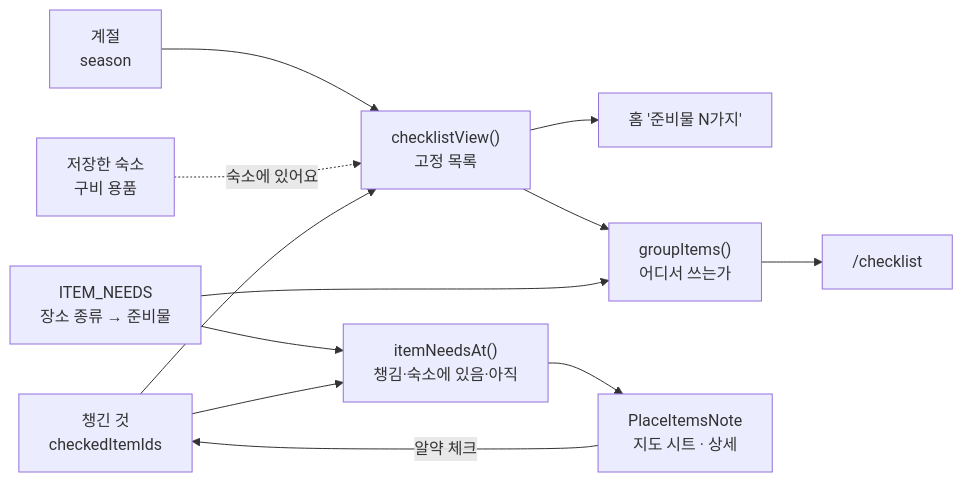
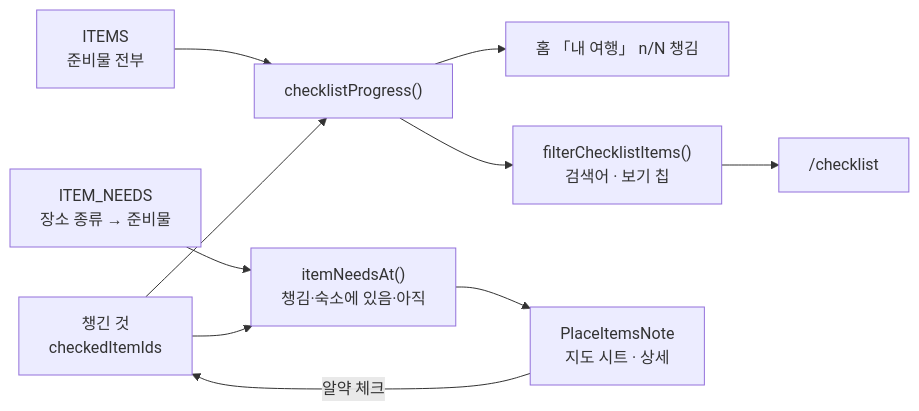
Before and after one commit to hoiya-woohyun/zgnn: the diagram in docs/features/checklist.md, drawn with Mermaid. The commit also changed other lines of this file and 14 other files, not shown here.

Commit message:
feat(checklist) - 준비물 탭은 내 짐을 찾아 챙기는 곳으로(ADR-009 v4) — 저장한 곳 연결('숙소에 있어요'·안내 문장·진행률 숙소 몫)·네 묶음·계절 칩·줄 펼침을 빼고, 검색 + 보기 칩(전체·안 챙긴 것·챙긴 것) + 한 줄 목록, 이름을 누르면 시트(이유·구매 링크·제휴 고지). 짱구누나 글은 맨 아래. 숫자는 checklistProgress 하나라 홈 「내 여행」 의 '· 숙소 N' 도 빠진다. 장소 쪽 PlaceItemsNote 는 그대로

````diff
--- a/docs/features/checklist.md
+++ b/docs/features/checklist.md
@@ -23,13 +24,11 @@
 ```mermaid
 flowchart LR
-  season["계절<br/>season"] --> view["checklistView()<br/>고정 목록"]
-  savedStays["저장한 숙소<br/>구비 용품"] -. 숙소에 있어요 .-> view
-  checked["챙긴 것<br/>checkedItemIds"] --> view
-  view --> home["홈 '준비물 N가지'"]
-  view --> groups["groupItems()<br/>어디서 쓰는가"] --> page["/checklist"]
-  needs["ITEM_NEEDS<br/>장소 종류 → 준비물"] --> groups
-  needs --> at["itemNeedsAt()<br/>챙김·숙소에 있음·아직"]
+  items["ITEMS<br/>준비물 전부"] --> progress["checklistProgress()"]
+  checked["챙긴 것<br/>checkedItemIds"] --> progress
+  progress --> home["홈 「내 여행」 n/N 챙김"]
+  progress --> filter["filterChecklistItems()<br/>검색어 · 보기 칩"] --> page["/checklist"]
+  needs["ITEM_NEEDS<br/>장소 종류 → 준비물"] --> at["itemNeedsAt()<br/>챙김·숙소에 있음·아직"]
   checked --> at
   at --> note["PlaceItemsNote<br/>지도 시트 · 상세"]
   note -- 알약 체크 --> checked
 ```
````
